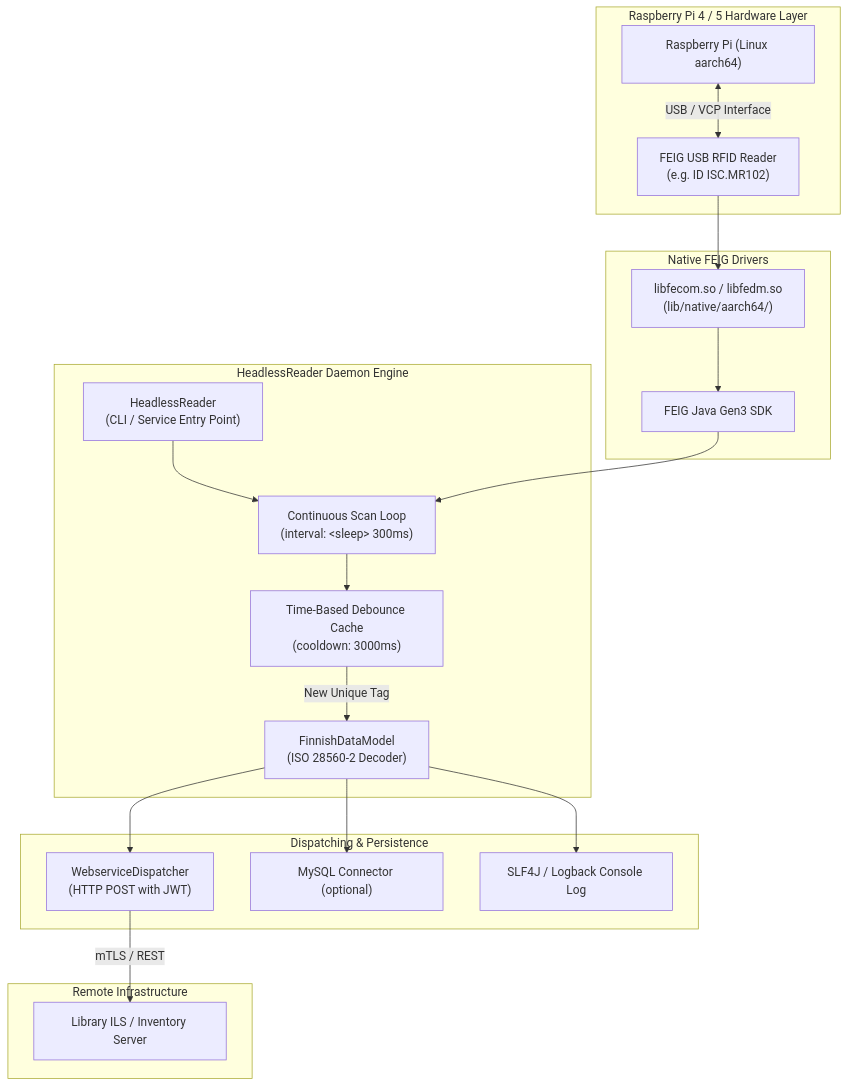
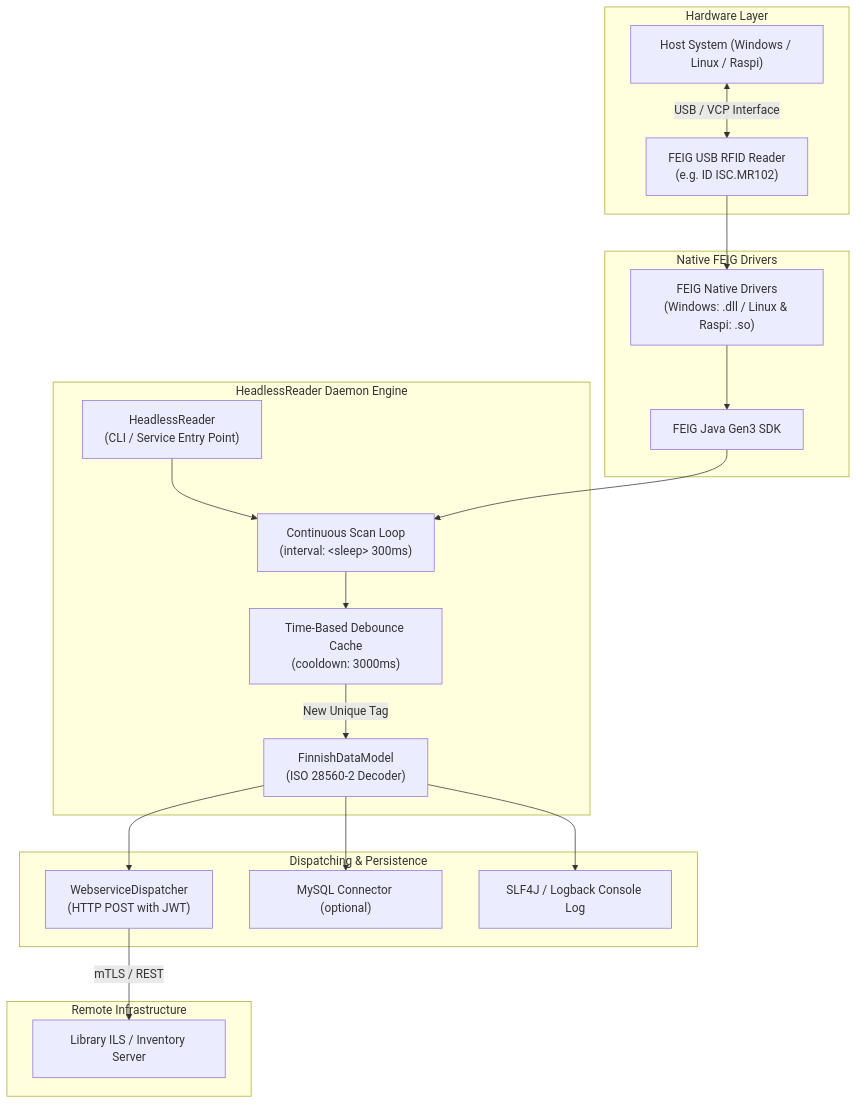
Before and after one commit to je4/Library-RFID-Tools: the diagram in rfid-headless/README.md, drawn with Mermaid. The commit also changed other lines of this file and 11 other files, not shown here.

````diff
--- a/rfid-headless/README.md
+++ b/rfid-headless/README.md
@@ -19,42 +22,42 @@
 ```mermaid
 graph TD
-    subgraph Hardware["Raspberry Pi 4 / 5 Hardware Layer"]
-        RPI["Raspberry Pi (Linux aarch64)"]
+    subgraph Hardware["Hardware Layer"]
+        HW["Host System (Windows / Linux / Raspi)"]
         USB["FEIG USB RFID Reader<br/>(e.g. ID ISC.MR102)"]
-        RPI <-->|USB / VCP Interface| USB
+        HW <-->|USB / VCP Interface| USB
     end
 
     subgraph NativeLayer["Native FEIG Drivers"]
-        SO["libfecom.so / libfedm.so<br/>(lib/native/aarch64/)"]
+        SO["FEIG Native Drivers<br/>(Windows: .dll / Linux & Raspi: .so)"]
         SDK["FEIG Java Gen3 SDK"]
         USB --> SO
         SO --> SDK
     end
 
     subgraph Daemon["HeadlessReader Daemon Engine"]
         Main["HeadlessReader<br/>(CLI / Service Entry Point)"]
         Scanner["Continuous Scan Loop<br/>(interval: &lt;sleep&gt; 300ms)"]
         Debounce["Time-Based Debounce Cache<br/>(cooldown: 3000ms)"]
         FDM["FinnishDataModel<br/>(ISO 28560-2 Decoder)"]
 
         Main --> Scanner
         SDK --> Scanner
         Scanner --> Debounce
         Debounce -->|New Unique Tag| FDM
     end
 
     subgraph Output["Dispatching & Persistence"]
         WSD["WebserviceDispatcher<br/>(HTTP POST with JWT)"]
         DB["MySQL Connector (optional)"]
         Log["SLF4J / Logback Console Log"]
 
         FDM --> WSD
         FDM --> DB
         FDM --> Log
     end
 
     subgraph Remote["Remote Infrastructure"]
         REST["Library ILS / Inventory Server"]
         WSD -->|mTLS / REST| REST
     end
 ```
````
